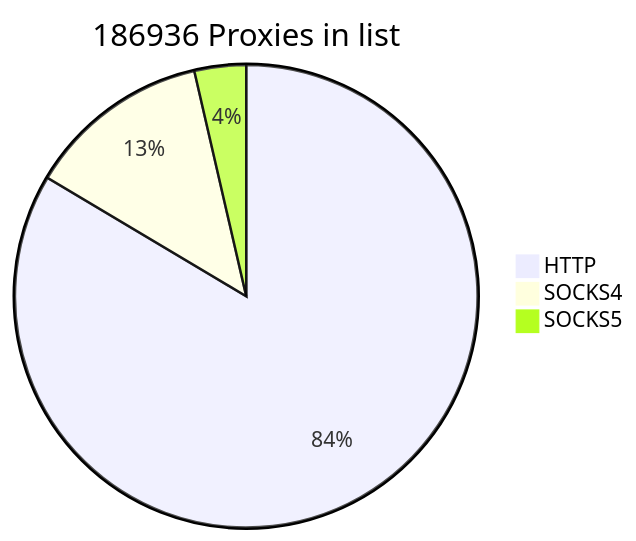
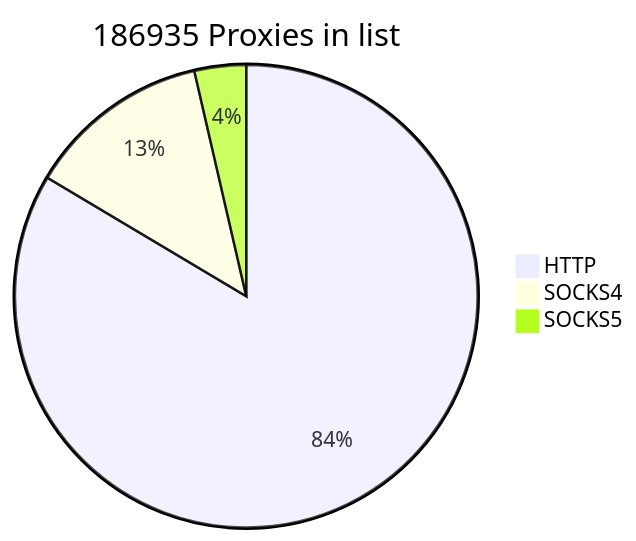
Before and after one commit to cutipu/proxylist: the first of 2 diagrams in README.md, drawn with Mermaid. The commit also changed other lines of this file, not shown here.

````diff
--- a/README.md
+++ b/README.md
@@ -2,7 +2,7 @@
 ```mermaid
-pie title 186936 Proxies in list
+pie title 186935 Proxies in list
     "HTTP" : 156183
-    "SOCKS4" : 24011
+    "SOCKS4" : 24010
     "SOCKS5" : 6742
             
 ```
````
